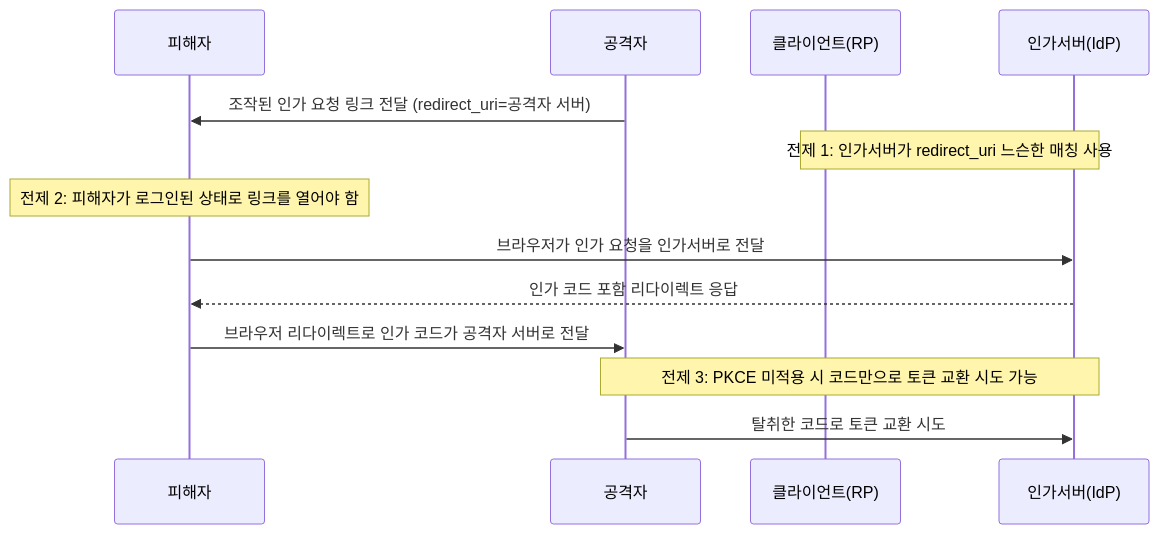
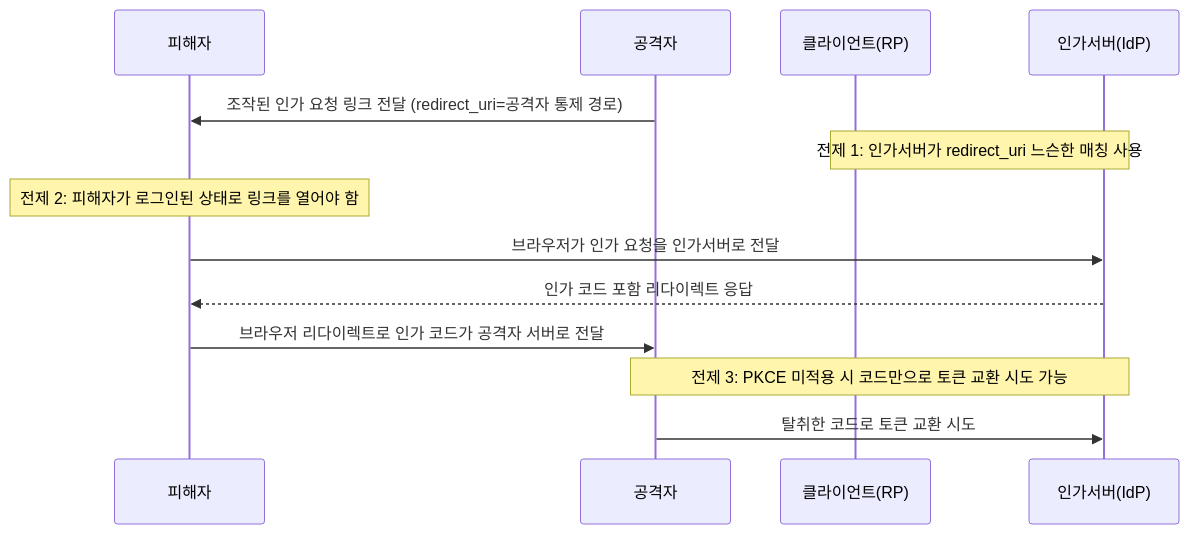
One commit to gooyong-sec/gooyong-sec.github.io changed the second of 3 diagrams in content/웹취약점/웹 취약점 진단 SSO편 — OAuth·OIDC 플로우 공격.md. Above: the diagram before and after it, drawn with Mermaid. The commit also changed other lines of this file and 68 other files, not shown here.

````diff
--- a/content/웹취약점/웹 취약점 진단 SSO편 — OAuth·OIDC 플로우 공격.md
+++ b/content/웹취약점/웹 취약점 진단 SSO편 — OAuth·OIDC 플로우 공격.md
@@ -30,15 +58,15 @@
 ```mermaid
 sequenceDiagram
     participant V as 피해자
     participant A as 공격자
     participant C as 클라이언트(RP)
     participant I as 인가서버(IdP)
-    A->>V: 조작된 인가 요청 링크 전달 (redirect_uri=공격자 서버)
+    A->>V: 조작된 인가 요청 링크 전달 (redirect_uri=공격자 통제 경로)
     Note over C,I: 전제 1: 인가서버가 redirect_uri 느슨한 매칭 사용
     Note over V: 전제 2: 피해자가 로그인된 상태로 링크를 열어야 함
     V->>I: 브라우저가 인가 요청을 인가서버로 전달
     I-->>V: 인가 코드 포함 리다이렉트 응답
     V->>A: 브라우저 리다이렉트로 인가 코드가 공격자 서버로 전달
     Note over A,I: 전제 3: PKCE 미적용 시 코드만으로 토큰 교환 시도 가능
     A->>I: 탈취한 코드로 토큰 교환 시도
 ```
````
